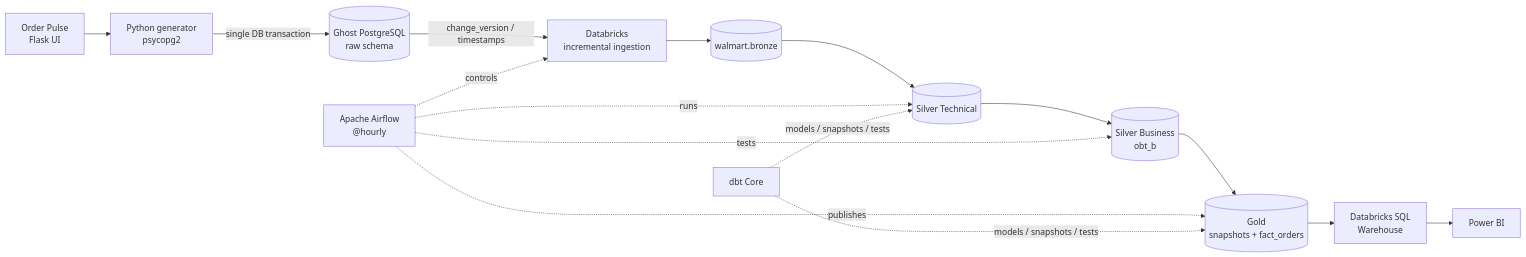
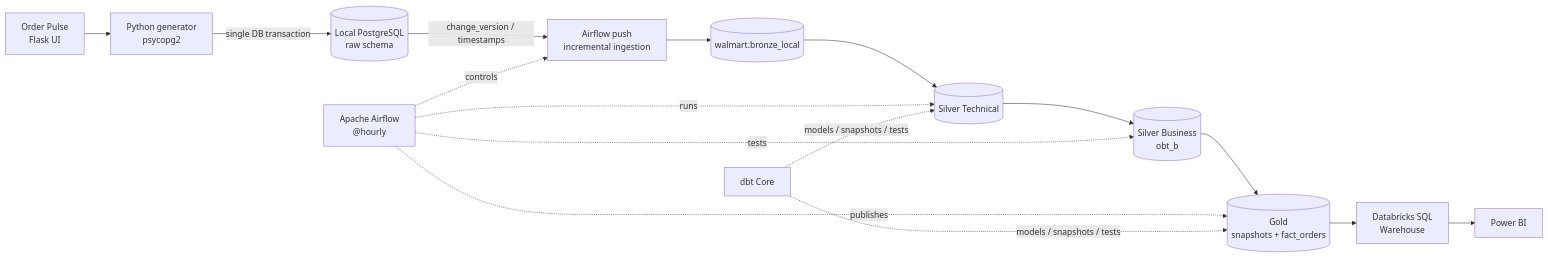
One commit to amine-LabsCraft/Walmart_streaming_Flow changed the first of 6 diagrams in README.md. Above: the diagram before and after it, drawn with Mermaid. The commit also changed other lines of this file and 20 other files, not shown here.

First line of the commit message:
feat: replace Ghost PostgreSQL with a local Docker source database

````diff
--- a/README.md
+++ b/README.md
@@ -82,19 +82,19 @@
 ```mermaid
 flowchart LR
     UI["Order Pulse<br/>Flask UI"] --> GEN["Python generator<br/>psycopg2"]
-    GEN -->|"single DB transaction"| PG[("Ghost PostgreSQL<br/>raw schema")]
-    PG -->|"change_version / timestamps"| CDC["Databricks<br/>incremental ingestion"]
-    CDC --> B[("walmart.bronze")]
+    GEN -->|"single DB transaction"| PG[("Local PostgreSQL<br/>raw schema")]
+    PG -->|"change_version / timestamps"| CDC["Airflow push<br/>incremental ingestion"]
+    CDC --> B[("walmart.bronze_local")]
     B --> ST[("Silver Technical")]
     ST --> SB[("Silver Business<br/>obt_b")]
     SB --> G[("Gold<br/>snapshots + fact_orders")]
     G --> SQL["Databricks SQL<br/>Warehouse"]
     SQL --> BI["Power BI"]
 
     AF["Apache Airflow<br/>@hourly"] -. controls .-> CDC
     AF -. runs .-> ST
     AF -. tests .-> SB
     AF -. publishes .-> G
     DBT["dbt Core"] -. models / snapshots / tests .-> ST
     DBT -. models / snapshots / tests .-> G
 ```
````
